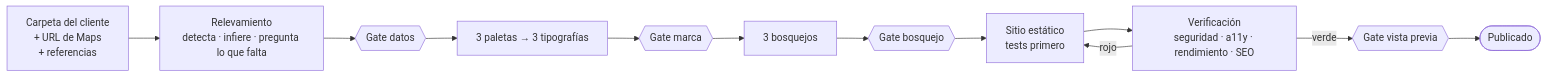
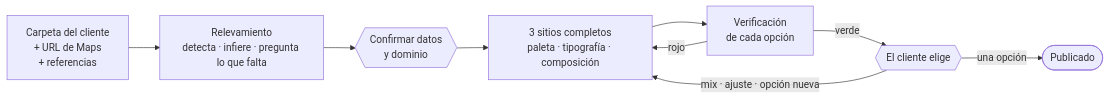
Before and after one commit to amiretti/SpecMate: the diagram in docs/mvp.md, drawn with Mermaid. The commit also changed other lines of this file and 5 other files, not shown here.

````diff
--- a/docs/mvp.md
+++ b/docs/mvp.md
@@ -28,14 +32,11 @@
 ```mermaid
 flowchart LR
     In["Carpeta del cliente<br/>+ URL de Maps<br/>+ referencias"] --> Rel["Relevamiento<br/>detecta · infiere · pregunta lo que falta"]
-    Rel --> G1{{"Gate datos"}}
-    G1 --> Marca["3 paletas → 3 tipografías"]
-    Marca --> G2{{"Gate marca"}}
-    G2 --> Bosq["3 bosquejos"]
-    Bosq --> G3{{"Gate bosquejo"}}
-    G3 --> Build["Sitio estático<br/>tests primero"]
-    Build --> Verify["Verificación<br/>seguridad · a11y · rendimiento · SEO"]
-    Verify -->|rojo| Build
-    Verify -->|verde| G4{{"Gate vista previa"}}
-    G4 --> Pub([Publicado])
+    Rel --> G1{{"Confirmar datos<br/>y dominio"}}
+    G1 --> Gen["3 sitios completos<br/>paleta · tipografía · composición"]
+    Gen --> Verify["Verificación<br/>de cada opción"]
+    Verify -->|rojo| Gen
+    Verify -->|verde| Elegir{{"El cliente elige"}}
+    Elegir -->|"mix · ajuste · opción nueva"| Gen
+    Elegir -->|"una opción"| Pub([Publicado])
 ```
````
